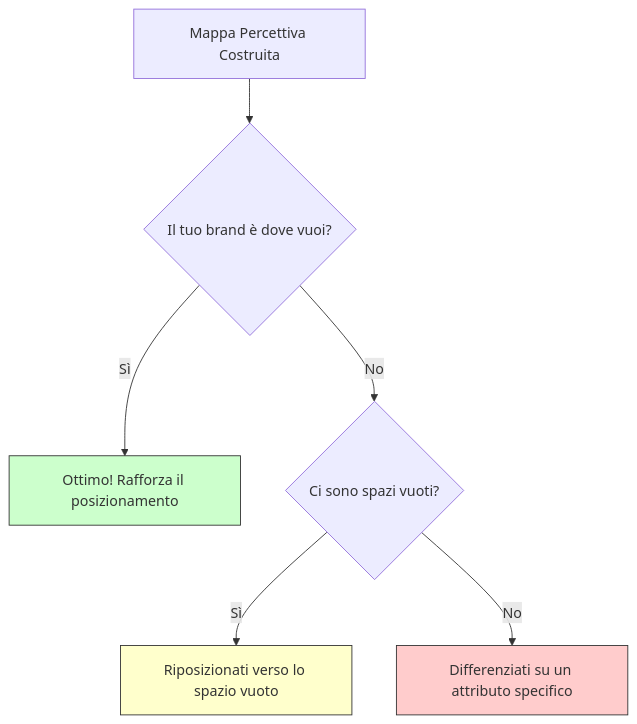
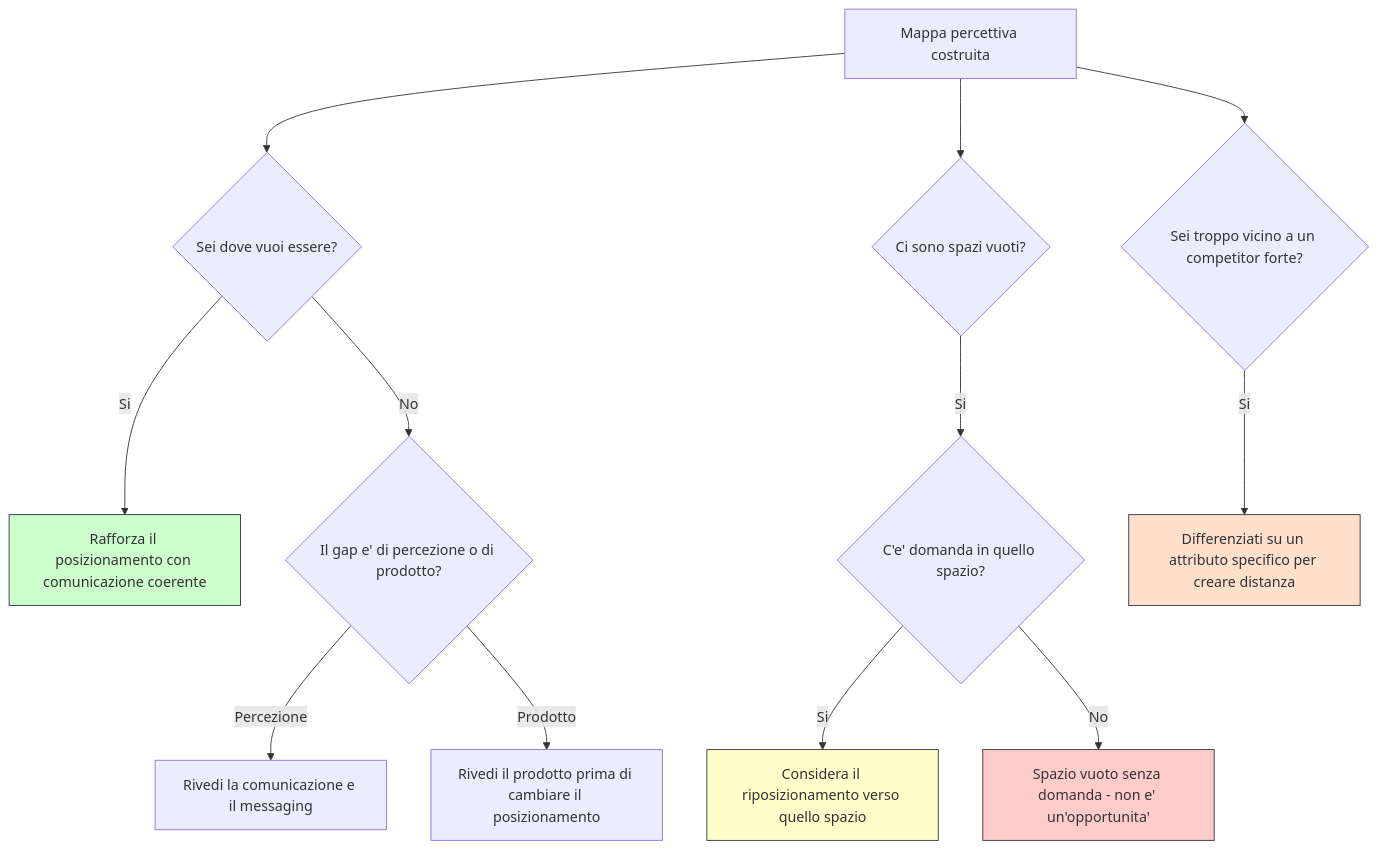
One commit to AndreyBertasini/gynnitech changed the diagram in src/content/blog/mappe-percettive.mdx. Above: the diagram before and after it, drawn with Mermaid. The commit also changed other lines of this file and 27 other files, not shown here.

````diff
--- a/src/content/blog/mappe-percettive.mdx
+++ b/src/content/blog/mappe-percettive.mdx
@@ -138,12 +224,18 @@
 ```mermaid
 graph TD
-    A["Mappa Percettiva Costruita"] --> B{"Il tuo brand è dove vuoi?"}
-    B -- Sì --> C["Ottimo! Rafforza il posizionamento"]
-    B -- No --> D{"Ci sono spazi vuoti?"}
-    D -- Sì --> E["Riposizionati verso lo spazio vuoto"]
-    D -- No --> F["Differenziati su un attributo specifico"]
-    
+    A[Mappa percettiva costruita] --> B{Sei dove vuoi essere?}
+    B -- Si --> C[Rafforza il posizionamento con comunicazione coerente]
+    B -- No --> D{Il gap e' di percezione o di prodotto?}
+    D -- Percezione --> E[Rivedi la comunicazione e il messaging]
+    D -- Prodotto --> F[Rivedi il prodotto prima di cambiare il posizionamento]
+    A --> G{Ci sono spazi vuoti?}
+    G -- Si --> H{C'e' domanda in quello spazio?}
+    H -- Si --> I[Considera il riposizionamento verso quello spazio]
+    H -- No --> J[Spazio vuoto senza domanda - non e' un'opportunita']
+    A --> K{Sei troppo vicino a un competitor forte?}
+    K -- Si --> L[Differenziati su un attributo specifico per creare distanza]
     style C fill:#ccffcc,stroke:#333
-    style E fill:#ffffcc,stroke:#333
-    style F fill:#ffcccc,stroke:#333
+    style I fill:#ffffcc,stroke:#333
+    style L fill:#ffe0cc,stroke:#333
+    style J fill:#ffcccc,stroke:#333
 ```
````
